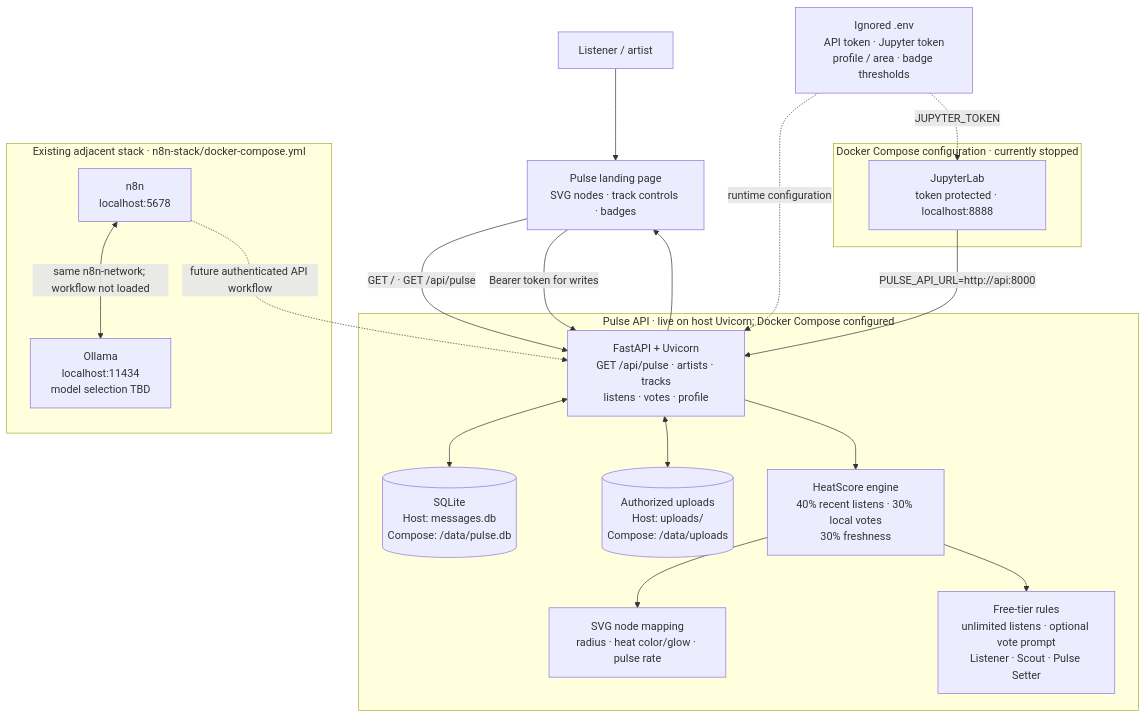
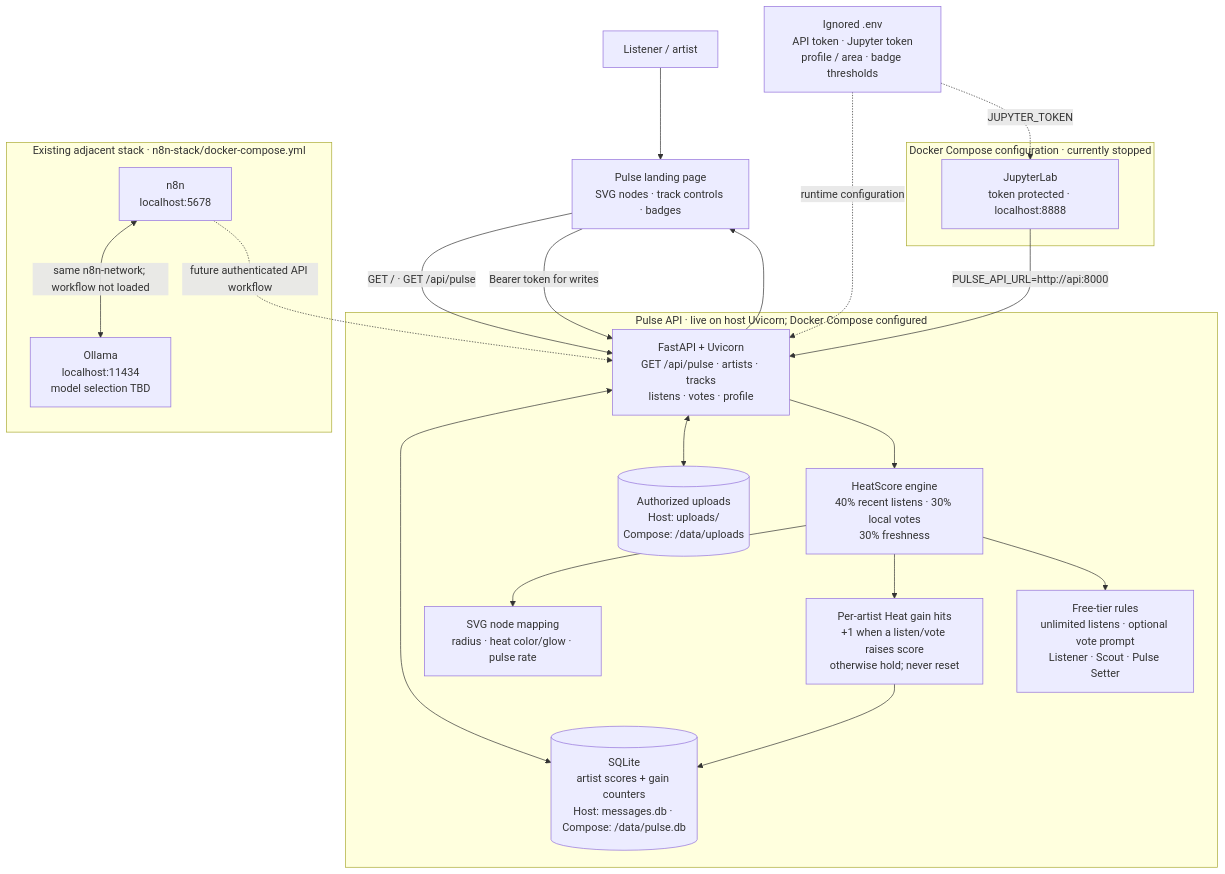
The diagram in docs/falcor-pulse-stack.md (VocalFalCor/favicon.svg), drawn with Mermaid before and after one commit. The commit also changed other lines of this file and 5 other files, not shown here.

Commit message:
Add per-artist HeatScore gain counter

````diff
--- a/docs/falcor-pulse-stack.md
+++ b/docs/falcor-pulse-stack.md
@@ -5,40 +5,42 @@
 ```mermaid
 flowchart TB
     listener["Listener / artist"]
     browser["Pulse landing page<br/>SVG nodes · track controls · badges"]
 
     subgraph pulse["Pulse API · live on host Uvicorn; Docker Compose configured"]
         api["FastAPI + Uvicorn<br/>GET /api/pulse · artists · tracks<br/>listens · votes · profile"]
         score["HeatScore engine<br/>40% recent listens · 30% local votes<br/>30% freshness"]
+        gains["Per-artist Heat gain hits<br/>+1 when a listen/vote raises score<br/>otherwise hold; never reset"]
         viz["SVG node mapping<br/>radius · heat color/glow · pulse rate"]
-        sqlite[("SQLite<br/>Host: messages.db<br/>Compose: /data/pulse.db")]
+        sqlite[("SQLite<br/>artist scores + gain counters<br/>Host: messages.db · Compose: /data/pulse.db")]
         audio[("Authorized uploads<br/>Host: uploads/<br/>Compose: /data/uploads")]
         badges["Free-tier rules<br/>unlimited listens · optional vote prompt<br/>Listener · Scout · Pulse Setter"]
         api <--> sqlite
         api <--> audio
         api --> score
         score --> viz
+        score --> gains --> sqlite
         score --> badges
     end
 
     subgraph notebook["Docker Compose configuration · currently stopped"]
         jupyter["JupyterLab<br/>token protected · localhost:8888"]
     end
 
     subgraph adjacent["Existing adjacent stack · n8n-stack/docker-compose.yml"]
         n8n["n8n<br/>localhost:5678"]
         ollama["Ollama<br/>localhost:11434<br/>model selection TBD"]
         n8n <-->|same n8n-network; workflow not loaded| ollama
     end
 
     secrets["Ignored .env<br/>API token · Jupyter token<br/>profile / area · badge thresholds"]
 
     listener --> browser
     browser -->|"GET / · GET /api/pulse"| api
     browser -->|"Bearer token for writes"| api
     api --> browser
     jupyter -->|"PULSE_API_URL=http://api:8000"| api
     secrets -.->|"runtime configuration"| api
     secrets -.->|"JUPYTER_TOKEN"| jupyter
     n8n -.->|"future authenticated API workflow"| api
 ```
````
